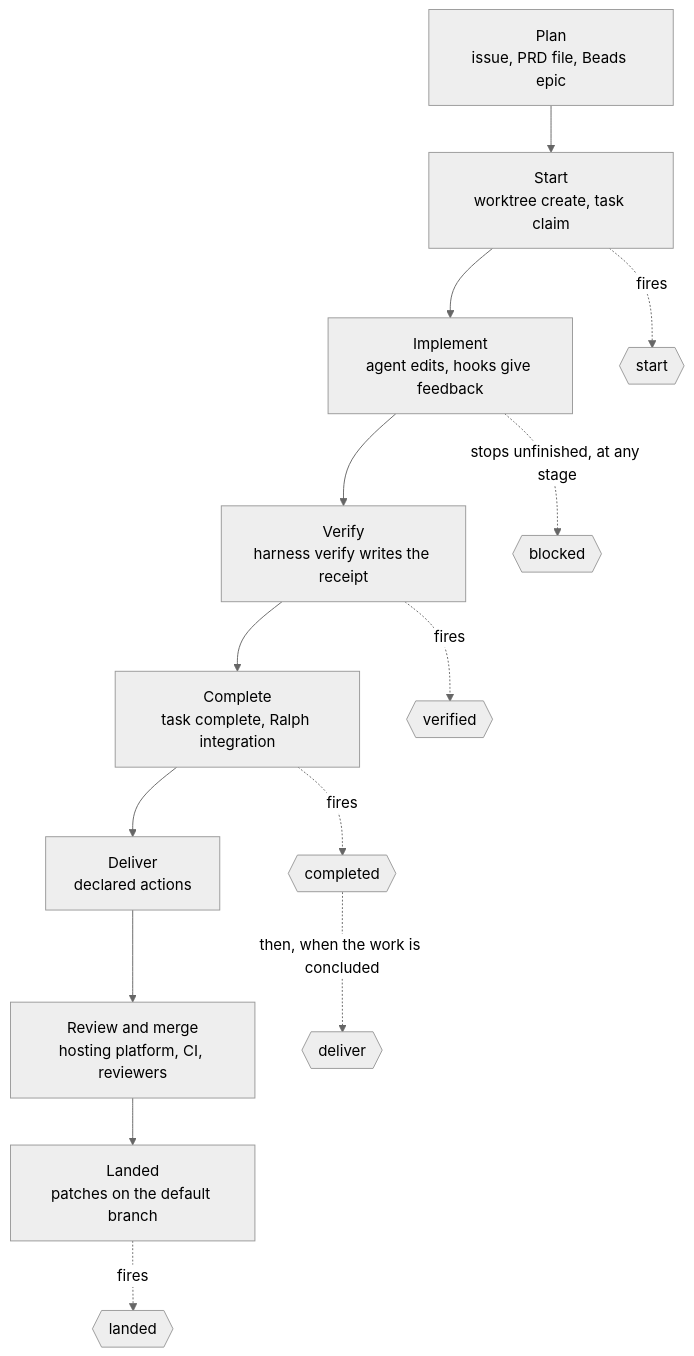
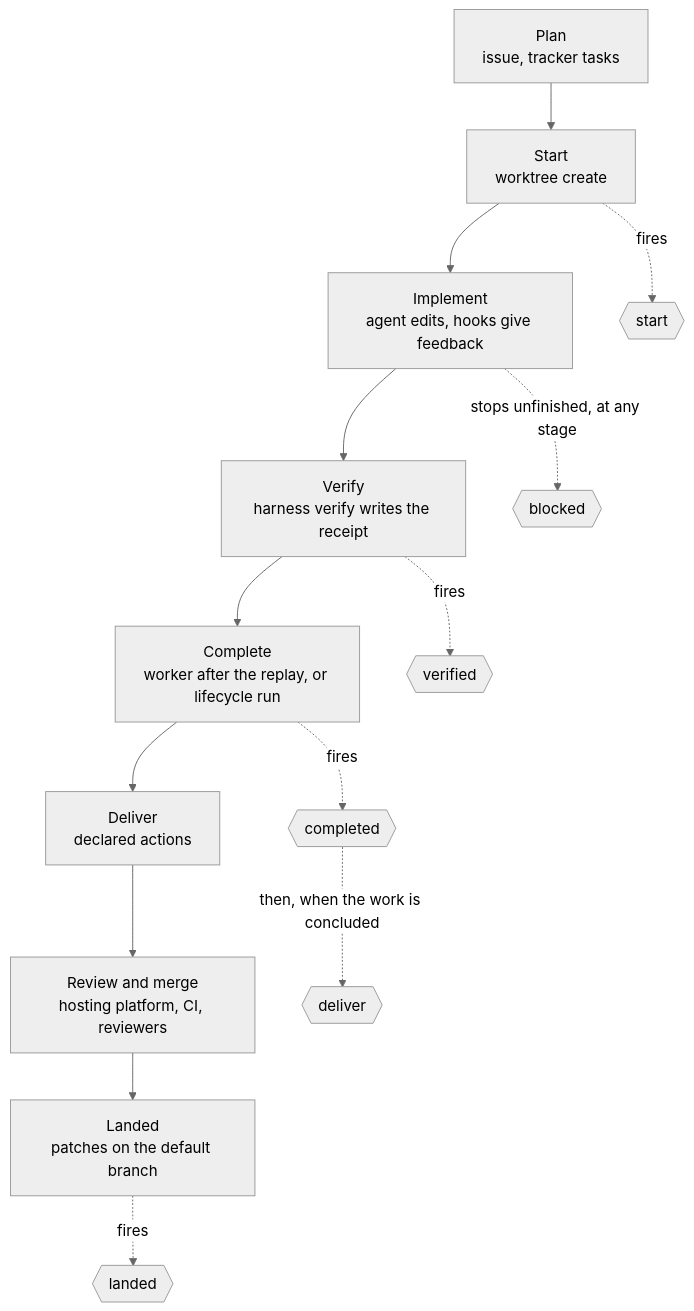
Before and after one commit to lmarqs/harness: the first of 2 diagrams in docs/features/lifecycle.md, drawn with Mermaid (neutral theme). The commit also changed other lines of this file and 54 other files, not shown here.

````diff
--- a/docs/features/lifecycle.md
+++ b/docs/features/lifecycle.md
@@ -70,16 +72,16 @@
 ```mermaid
 flowchart TB
-  s1["Plan<br/>issue, PRD file, Beads epic"] --> s2["Start<br/>worktree create, task claim"]
+  s1["Plan<br/>issue, tracker tasks"] --> s2["Start<br/>worktree create"]
   s2 --> s3["Implement<br/>agent edits, hooks give feedback"]
   s3 --> s4["Verify<br/>harness verify writes the receipt"]
-  s4 --> s5["Complete<br/>task complete, Ralph integration"]
+  s4 --> s5["Complete<br/>worker after the replay, or lifecycle run"]
   s5 --> s6["Deliver<br/>declared actions"]
   s6 --> s7["Review and merge<br/>hosting platform, CI, reviewers"]
   s7 --> s8["Landed<br/>patches on the default branch"]
   s2 -.->|fires| e1{{start}}
   s4 -.->|fires| e2{{verified}}
   s5 -.->|fires| e3{{completed}}
   e3 -.->|then, when the work is concluded| e4{{deliver}}
   s8 -.->|fires| e5{{landed}}
   s3 -.->|stops unfinished, at any stage| e6{{blocked}}
 ```
````
